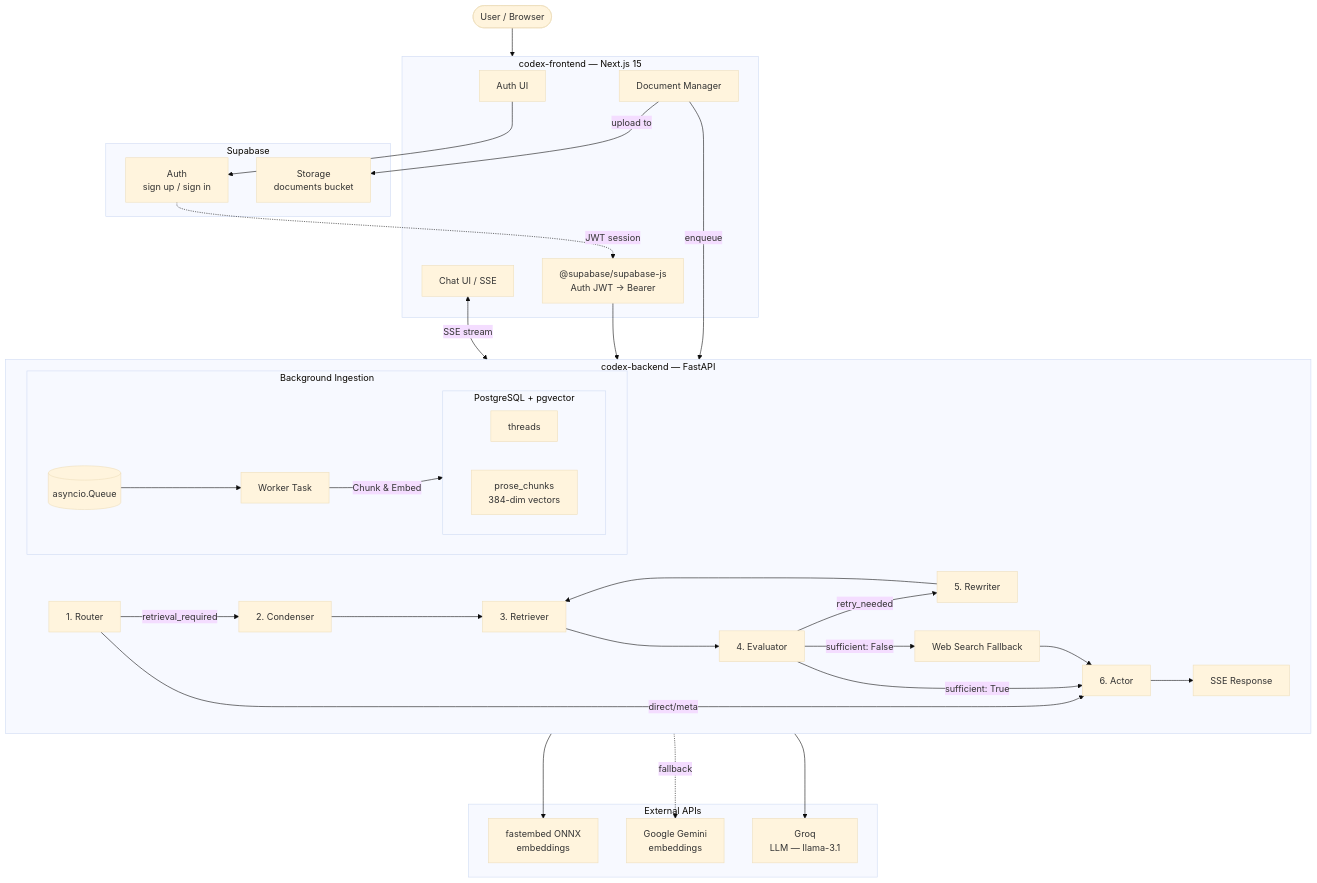
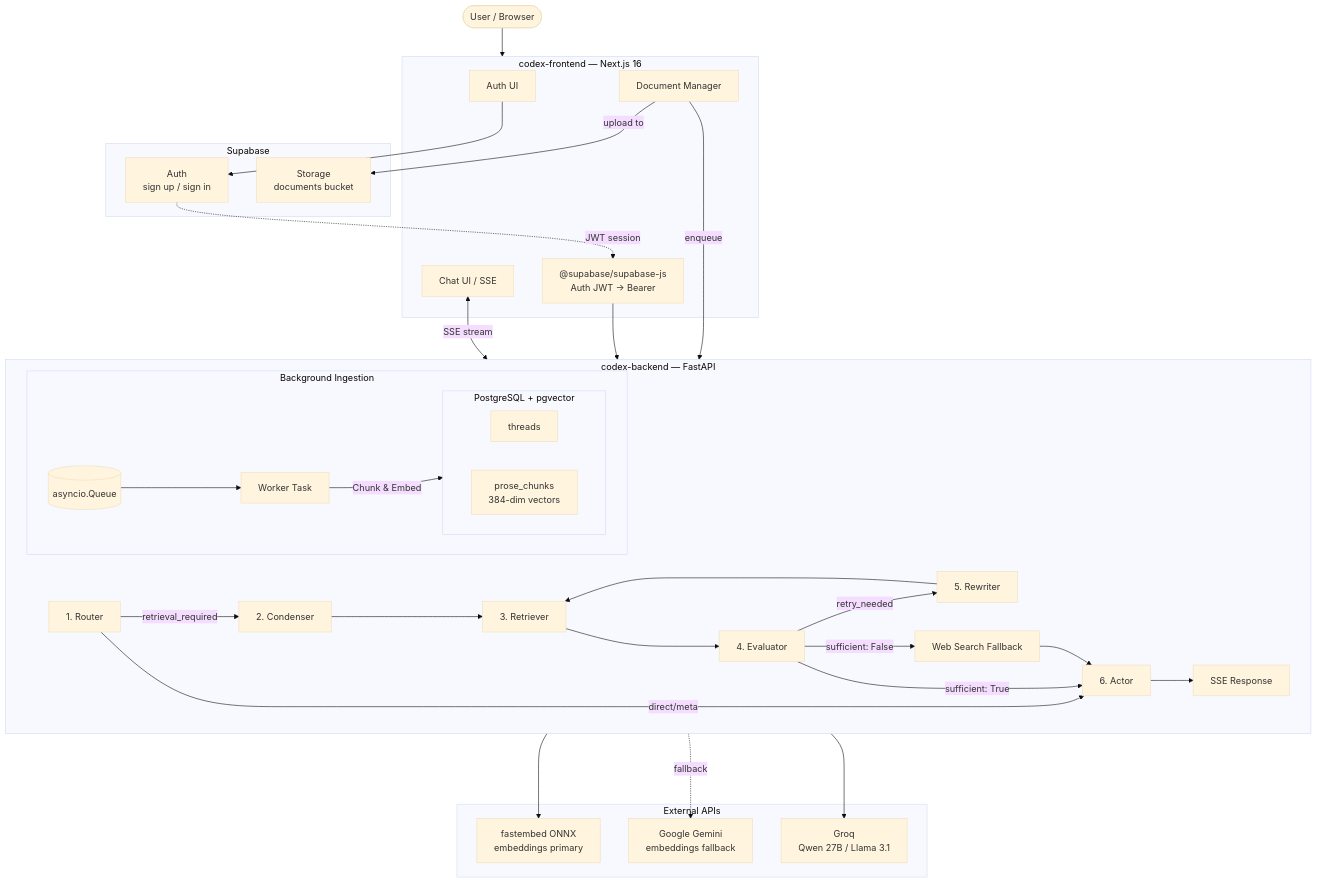
The second of 2 diagrams in README.md (anmolsharma152/CodexEngine), drawn with Mermaid (base theme) before and after one commit. The commit also changed other lines of this file and 2 other files, not shown here.

Commit message:
docs: update model documentation, add embeddings diagram, and fix Vercel monorepo detection

````diff
--- a/README.md
+++ b/README.md
@@ -99,65 +110,65 @@
 ```mermaid
 flowchart TD
     User([User / Browser])
 
-    subgraph Frontend [codex-frontend — Next.js 15]
+    subgraph Frontend [codex-frontend — Next.js 16]
         AuthUI[Auth UI]
         ChatUI[Chat UI / SSE]
         DocMgr[Document Manager]
         SupaSDK["@supabase/supabase-js<br>Auth JWT → Bearer"]
     end
 
     subgraph Supabase [Supabase]
         SA[Auth<br>sign up / sign in]
         SB[Storage<br>documents bucket]
     end
 
     subgraph Backend [codex-backend — FastAPI]
         direction LR
         
         %% Graph Flow
         R[1. Router] -->|retrieval_required| C[2. Condenser]
         R -->|direct/meta| A[6. Actor]
         C --> Ret[3. Retriever]
         Ret --> E[4. Evaluator]
         E -->|retry_needed| RW[5. Rewriter]
         RW --> Ret
         E -->|sufficient: False| WS[Web Search Fallback]
         E -->|sufficient: True| A
         WS --> A
         A --> Resp[SSE Response]
 
         %% Ingestion Flow
         subgraph Ingestion [Background Ingestion]
             Q[(asyncio.Queue)]
             Worker[Worker Task]
             Q --> Worker
             Worker -->|Chunk & Embed| DB
         end
     end
 
     subgraph DB [PostgreSQL + pgvector]
         Threads[threads]
         Chunks[prose_chunks<br>384-dim vectors]
     end
 
     subgraph External [External APIs]
-        Groq[Groq<br>LLM — llama-3.1]
-        Gemini[Google Gemini<br>embeddings]
-        FastEmbed[fastembed ONNX<br>embeddings]
+        Groq[Groq<br>Qwen 27B / Llama 3.1]
+        Gemini[Google Gemini<br>embeddings fallback]
+        FastEmbed[fastembed ONNX<br>embeddings primary]
     end
 
     User --> Frontend
     AuthUI --> SA
     SA -.->|JWT session| SupaSDK
     SupaSDK --> Backend
     ChatUI <-->|SSE stream| Backend
     DocMgr -->|upload to| SB
     DocMgr -->|enqueue| Q
     
     Backend --> DB
     
     Ret ---> FastEmbed
     Ret -.->|fallback| Gemini
     Backend ---> Groq
 ```
````
